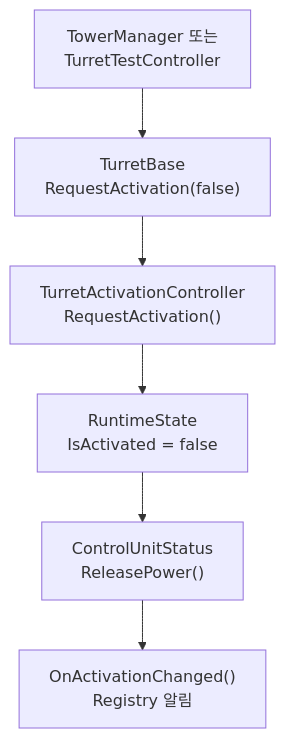
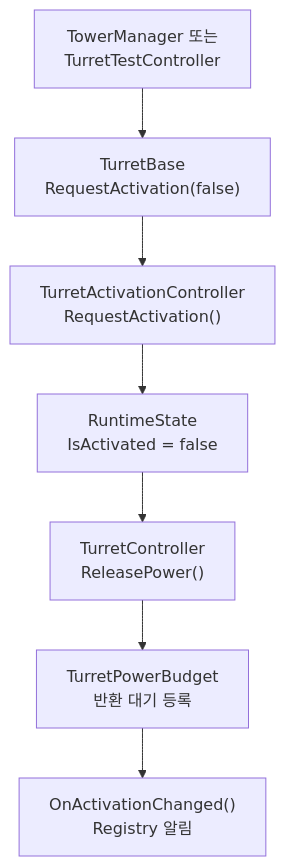
Before and after one commit to Team-HJD-21/unity-6-the-developer: the sixth of 15 diagrams in Docs/architecture/turret-system-guide.md, drawn with Mermaid. The commit also changed other lines of this file, not shown here.

Commit message:
docs(turret): document power ownership and controller snapshot APIs

````diff
--- a/Docs/architecture/turret-system-guide.md
+++ b/Docs/architecture/turret-system-guide.md
@@ -249,8 +317,9 @@
 ```mermaid
 flowchart TD
     Request["TowerManager 또는<br>TurretTestController"] --> Base["TurretBase<br>RequestActivation(false)"]
     Base --> Controller["TurretActivationController<br>RequestActivation()"]
     Controller --> Off["RuntimeState<br>IsActivated = false"]
-    Off --> Release["ControlUnitStatus<br>ReleasePower()"]
+    Off --> Source["TurretController<br>ReleasePower()"]
+    Source --> Release["TurretPowerBudget<br>반환 대기 등록"]
     Release --> Notify["OnActivationChanged()<br>Registry 알림"]
 ```
````
